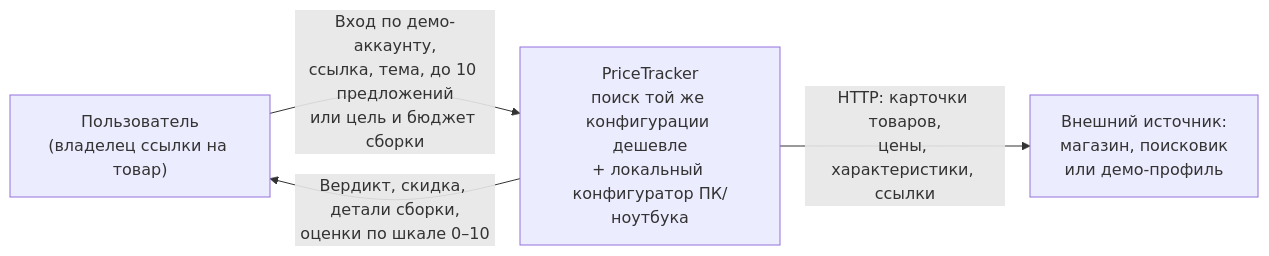
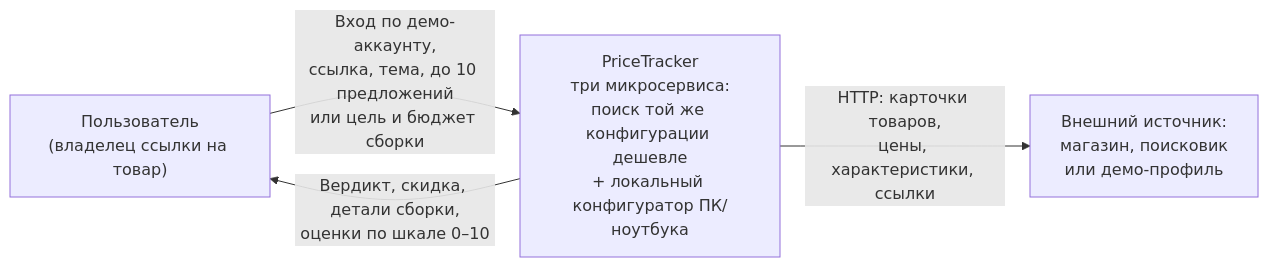
Before and after one commit to brawlat12344-ops/pricetracker: the first of 3 diagrams in docs/c4.md, drawn with Mermaid. The commit also changed other lines of this file and 31 other files, not shown here.

````diff
--- a/docs/c4.md
+++ b/docs/c4.md
@@ -10,10 +13,10 @@
 ```mermaid
 flowchart LR
     U["Пользователь<br/>(владелец ссылки на товар)"]
-    PT["PriceTracker<br/>поиск той же конфигурации дешевле<br/>+ локальный конфигуратор ПК/ноутбука"]
+    PT["PriceTracker<br/>три микросервиса:<br/>поиск той же конфигурации дешевле<br/>+ локальный конфигуратор ПК/ноутбука"]
     EXT["Внешний источник:<br/>магазин, поисковик<br/>или демо-профиль"]
 
     U -->|"Вход по демо-аккаунту,<br/>ссылка, тема, до 10 предложений<br/>или цель и бюджет сборки"| PT
     PT -->|"HTTP: карточки товаров,<br/>цены, характеристики, ссылки"| EXT
     PT -->|"Вердикт, скидка, детали сборки,<br/>оценки по шкале 0–10"| U
 ```
````
